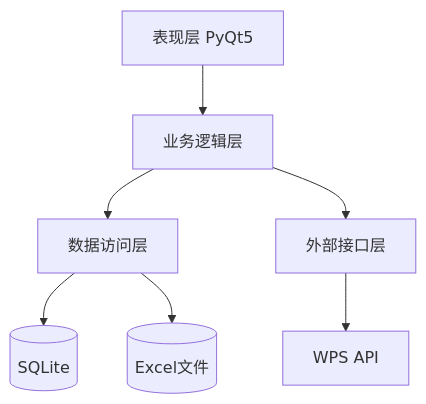
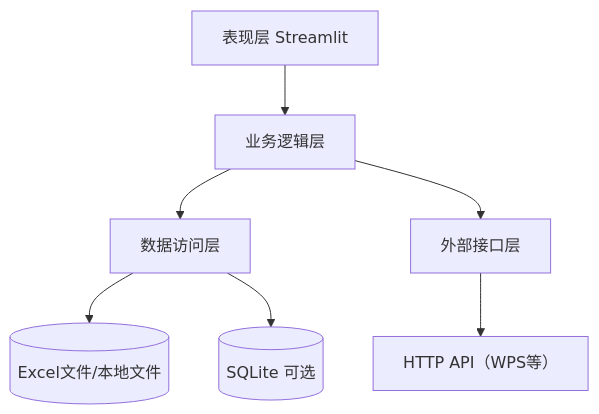
One commit to fumaye1/duizhang changed the first of 2 diagrams in 架构.md. Above: the diagram before and after it, drawn with Mermaid. The commit also changed other lines of this file and 13 other files, not shown here.

````diff
--- a/架构.md
+++ b/架构.md
@@ -43,9 +46,9 @@
 ```mermaid
 graph TD
-    A[表现层 PyQt5] --> B[业务逻辑层]
+    A[表现层 Streamlit] --> B[业务逻辑层]
     B --> C[数据访问层]
     B --> D[外部接口层]
-    C --> E[(SQLite)]
-    C --> F[(Excel文件)]
-    D --> G[WPS API]
+    C --> F[(Excel文件/本地文件)]
+    C --> E[(SQLite 可选)]
+    D --> G[HTTP API（WPS等）]
 ```
````
